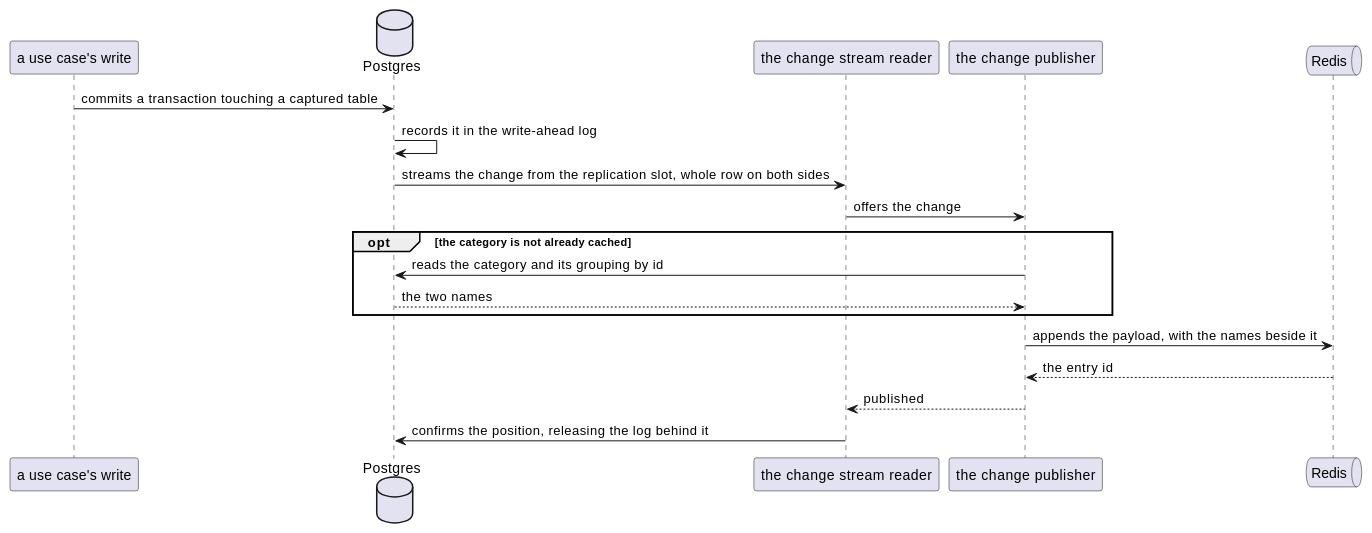
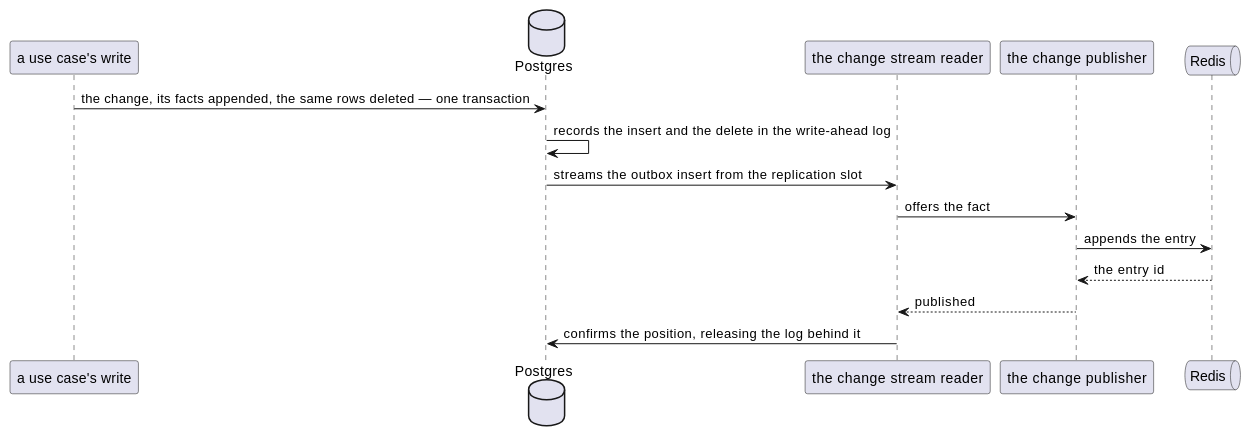
One commit to ds-usova/finance-bot changed the diagram in ledger-service/docs/contracts/out/change-capture.md. Above: the diagram before and after it, drawn with PlantUML. The commit also changed other lines of this file and 13 other files, not shown here.

````diff
--- a/ledger-service/docs/contracts/out/change-capture.md
+++ b/ledger-service/docs/contracts/out/change-capture.md
@@ -30,24 +33,18 @@
 ```plantuml
 @startuml
 participant "a use case's write" as Write
 database "Postgres" as PG
 participant "the change stream reader" as Reader
 participant "the change publisher" as Publisher
 queue "Redis" as Redis
 
-Write -> PG : commits a transaction touching a captured table
-PG -> PG : records it in the write-ahead log
-PG -> Reader : streams the change from the replication slot, whole row on both sides
-Reader -> Publisher : offers the change
-
-opt the category is not already cached
-    Publisher -> PG : reads the category and its grouping by id
-    PG --> Publisher : the two names
-end
-
-Publisher -> Redis : appends the payload, with the names beside it
+Write -> PG : the change, its facts appended, the same rows deleted — one transaction
+PG -> PG : records the insert and the delete in the write-ahead log
+PG -> Reader : streams the outbox insert from the replication slot
+Reader -> Publisher : offers the fact
+Publisher -> Redis : appends the entry
 Redis --> Publisher : the entry id
 Publisher --> Reader : published
 Reader -> PG : confirms the position, releasing the log behind it
 @enduml
 ```
````
